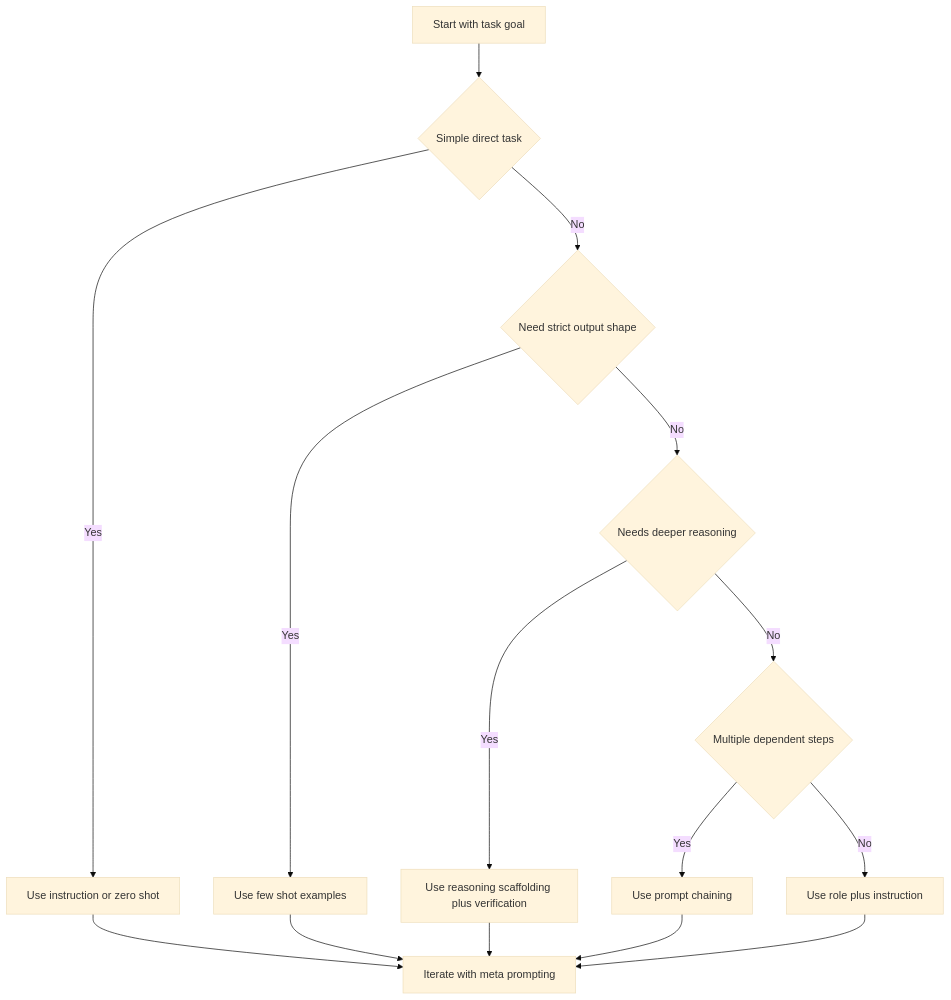
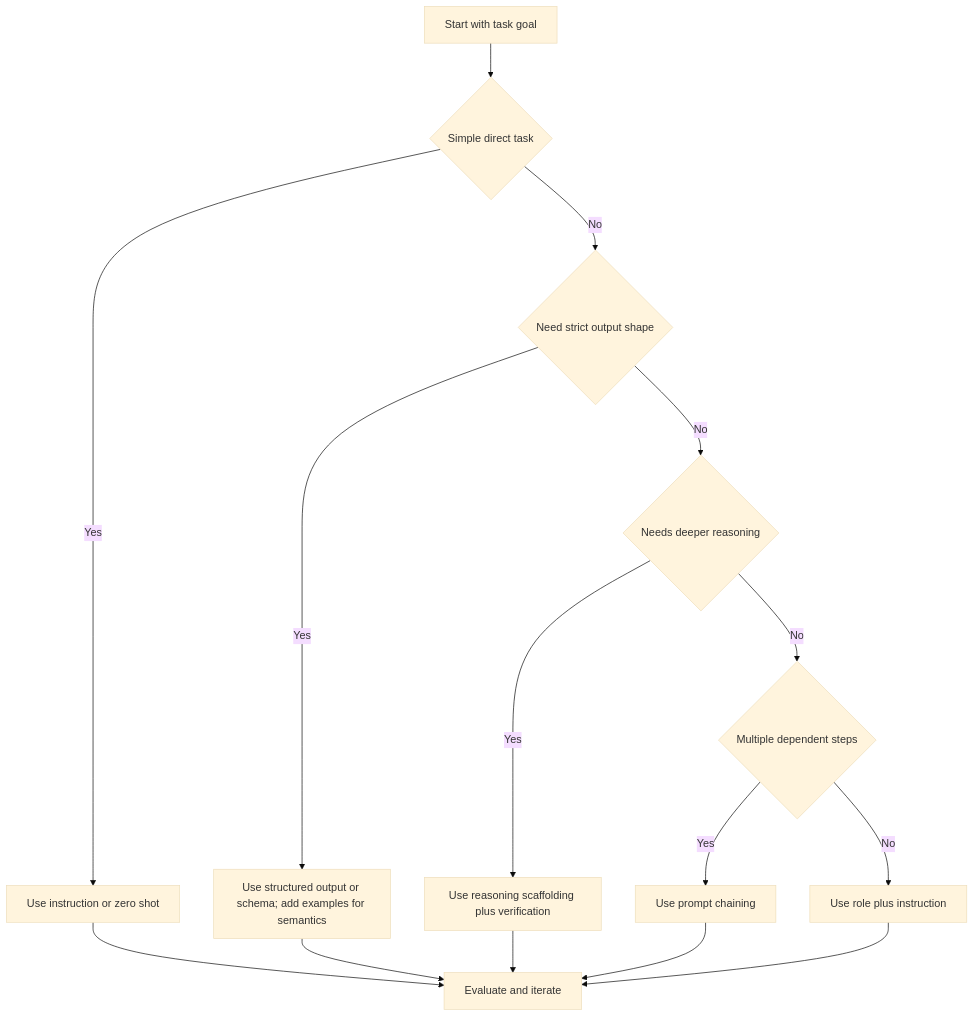
Before and after one commit to grafanaKibana/devbook.zip: the diagram in Vault/Home/AI & ML/LLM/Prompt Engineering/Prompt Engineering.md, drawn with Mermaid (base theme). The commit also changed other lines of this file and 73 other files, not shown here.

````diff
--- a/Vault/Home/AI & ML/LLM/Prompt Engineering/Prompt Engineering.md
+++ b/Vault/Home/AI & ML/LLM/Prompt Engineering/Prompt Engineering.md
@@ -112,17 +114,17 @@
 ```mermaid
 flowchart TD
     A[Start with task goal] --> B{Simple direct task}
     B -->|Yes| C[Use instruction or zero shot]
     B -->|No| D{Need strict output shape}
-    D -->|Yes| E[Use few shot examples]
+    D -->|Yes| E[Use structured output or schema; add examples for semantics]
     D -->|No| F{Needs deeper reasoning}
     F -->|Yes| G[Use reasoning scaffolding plus verification]
     F -->|No| H{Multiple dependent steps}
     H -->|Yes| I[Use prompt chaining]
     H -->|No| J[Use role plus instruction]
-    C --> K[Iterate with meta prompting]
+    C --> K[Evaluate and iterate]
     E --> K
     G --> K
     I --> K
     J --> K
 ```
````
